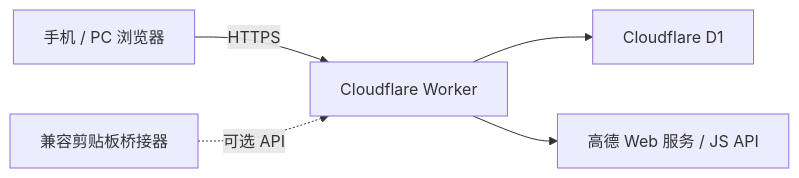
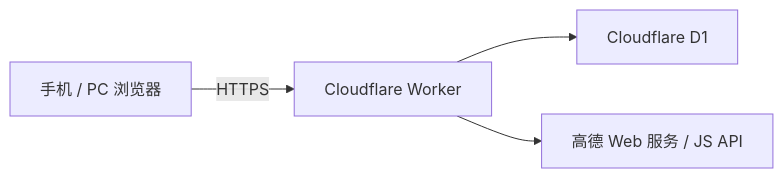
The diagram in docs/TECHNICAL.md (lzhdelife/shenzhen-tutor-web), drawn with Mermaid before and after one commit. The commit also changed other lines of this file and 15 other files, not shown here.

````diff
--- a/docs/TECHNICAL.md
+++ b/docs/TECHNICAL.md
@@ -7,7 +7,6 @@
 ```mermaid
 flowchart LR
     B["手机 / PC 浏览器"] -->|"HTTPS"| W["Cloudflare Worker"]
     W --> D["Cloudflare D1"]
     W --> A["高德 Web 服务 / JS API"]
-    X["兼容剪贴板桥接器"] -.->|"可选 API"| W
 ```
````
